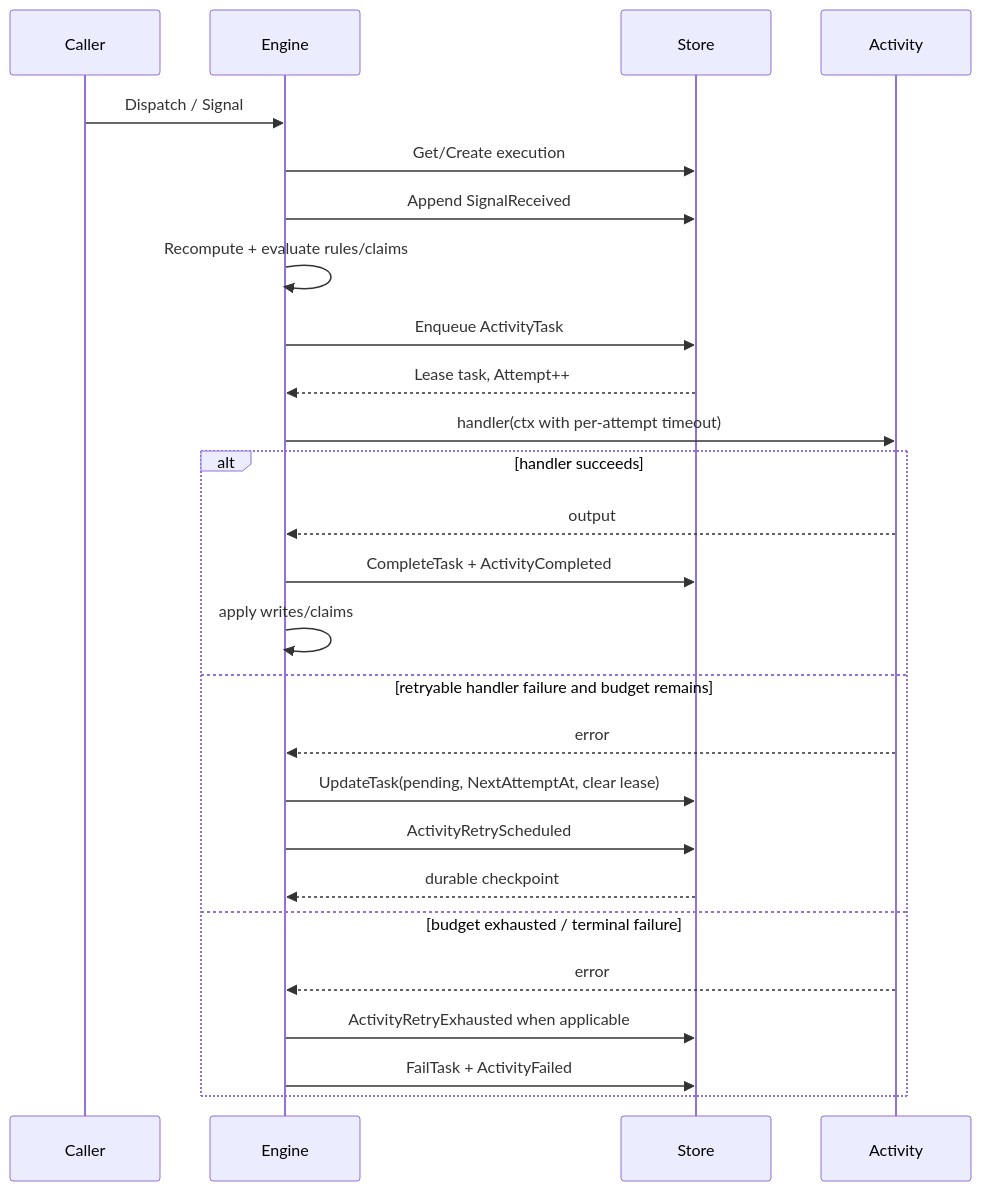
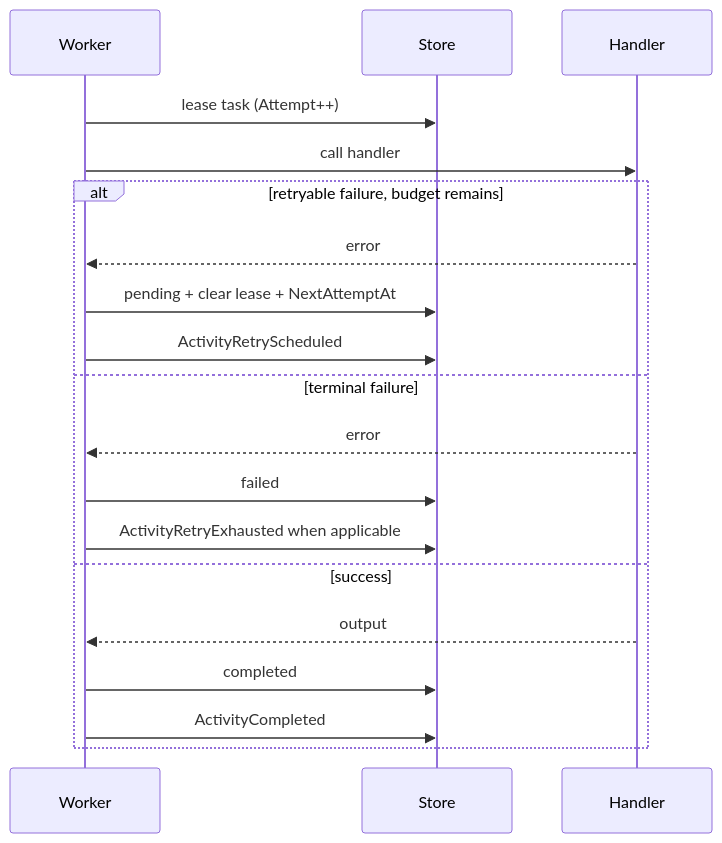
One commit to Homiakus/axiom changed the fourth of 4 diagrams in ARCHITECTURE.md. Above: the diagram before and after it, drawn with Mermaid. The commit also changed other lines of this file, not shown here.

Commit message:
docs(architecture): align with current orchestration runtime

````diff
--- a/ARCHITECTURE.md
+++ b/ARCHITECTURE.md
@@ -119,29 +142,22 @@
 ```mermaid
 sequenceDiagram
-    participant C as Caller
-    participant E as Engine
+    participant W as Worker
     participant S as Store
-    participant A as Activity
+    participant H as Handler
 
-    C->>E: Dispatch / Signal
-    E->>S: Get/Create execution
-    E->>S: Append SignalReceived
-    E->>E: Recompute + evaluate rules/claims
-    E->>S: Enqueue ActivityTask
-    S-->>E: Lease task, Attempt++
-    E->>A: handler(ctx with per-attempt timeout)
-    alt handler succeeds
-        A-->>E: output
-        E->>S: CompleteTask + ActivityCompleted
-        E->>E: apply writes/claims
-    else retryable handler failure and budget remains
-        A-->>E: error
-        E->>S: UpdateTask(pending, NextAttemptAt, clear lease)
-        E->>S: ActivityRetryScheduled
-        S-->>E: durable checkpoint
-    else budget exhausted / terminal failure
-        A-->>E: error
-        E->>S: ActivityRetryExhausted when applicable
-        E->>S: FailTask + ActivityFailed
+    W->>S: lease task (Attempt++)
+    W->>H: call handler
+    alt retryable failure, budget remains
+        H-->>W: error
+        W->>S: pending + clear lease + NextAttemptAt
+        W->>S: ActivityRetryScheduled
+    else terminal failure
+        H-->>W: error
+        W->>S: failed
+        W->>S: ActivityRetryExhausted when applicable
+    else success
+        H-->>W: output
+        W->>S: completed
+        W->>S: ActivityCompleted
     end
 ```
````
